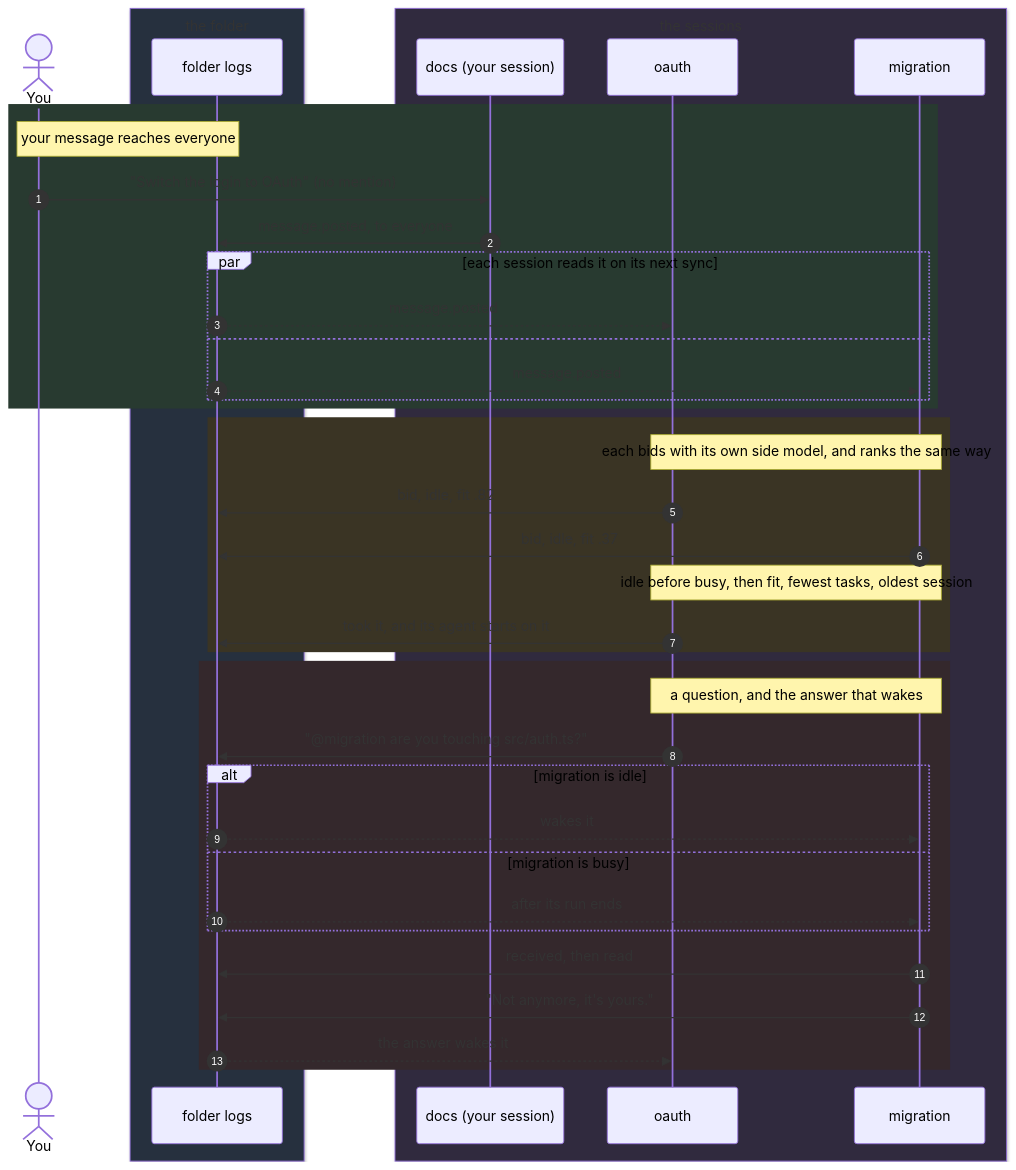
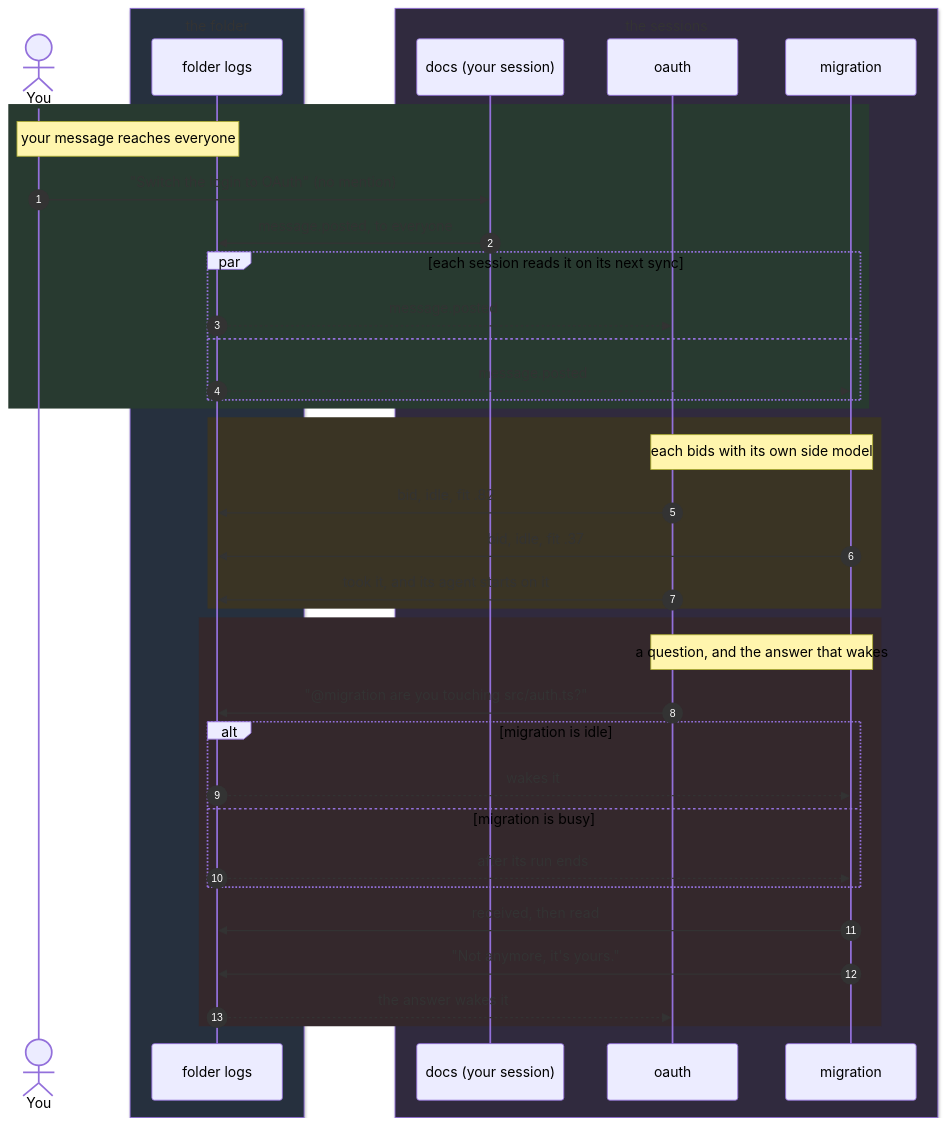
One commit to dima6312/pi-harness changed the diagram in packages/peers/README.md. Above: the diagram before and after it, drawn with Mermaid. The commit also changed other lines of this file and 10 other files, not shown here.

````diff
--- a/packages/peers/README.md
+++ b/packages/peers/README.md
@@ -66,45 +71,44 @@
 ```mermaid
 sequenceDiagram
     autonumber
     actor You
     box rgb(38,48,62) the folder
       participant Log as folder logs
     end
     box rgb(48,42,62) the sessions
       participant Docs as docs (your session)
       participant OAuth as oauth
       participant Migration as migration
     end
 
     rect rgb(40,58,48)
       Note over You,Log: your message reaches everyone
       You->>Docs: "Switch the login to OAuth" (no mention)
       Docs->>Log: message.posted, to everyone
       par each session reads it on its next sync
         Log-->>OAuth: message.posted
       and
         Log-->>Migration: message.posted
       end
     end
 
     rect rgb(58,52,36)
-      Note over OAuth,Migration: each bids with its own side model, and ranks the same way
+      Note over OAuth,Migration: each bids with its own side model
       OAuth->>Log: bid, idle, fit .82
       Migration->>Log: bid, idle, fit .37
-      Note over OAuth,Migration: idle before busy, then fit, fewest tasks, oldest session
       OAuth->>Log: took it, and its agent starts on it
     end
 
     rect rgb(52,40,44)
       Note over OAuth,Migration: a question, and the answer that wakes
       OAuth->>Log: "@migration are you touching src/auth.ts?"
       alt migration is idle
         Log-->>Migration: wakes it
       else migration is busy
         Log-->>Migration: after its run ends
       end
       Migration->>Log: received, then read
       Migration->>Log: "Not anymore, it's yours."
       Log-->>OAuth: the answer wakes it
     end
 ```
````
